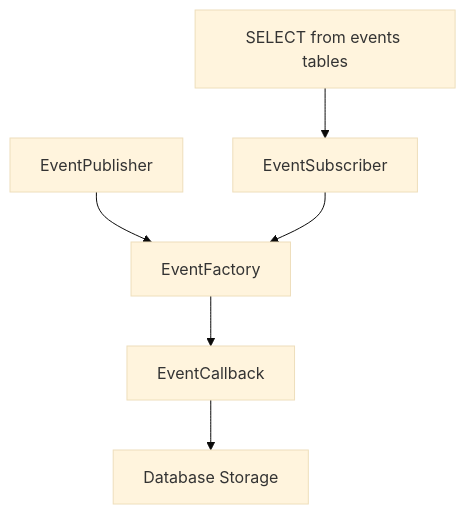
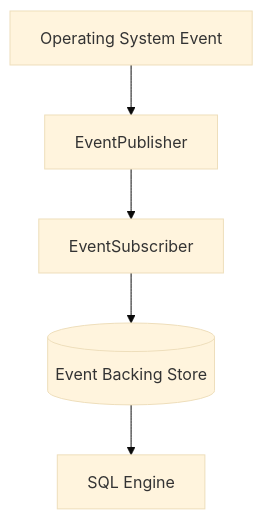
Before and after one commit to flamingo-stack/osquery: the fourth of 8 diagrams in docs/development/architecture/README.md, drawn with Mermaid (base theme). The commit also changed other lines of this file and 388 other files, not shown here.

````diff
--- a/docs/development/architecture/README.md
+++ b/docs/development/architecture/README.md
@@ -111,8 +125,7 @@
 ```mermaid
-graph TD
-    Publisher["EventPublisher"] --> EventFactory["EventFactory"]
-    Subscriber["EventSubscriber"] --> EventFactory
-    EventFactory --> Callback["EventCallback"]
-    Callback --> Storage["Database Storage"]
-    SQL["SELECT from events tables"] --> Subscriber
+flowchart TD
+    OS["Operating System Event"] --> Publisher["EventPublisher"]
+    Publisher --> Subscriber["EventSubscriber"]
+    Subscriber --> Database[("Event Backing Store")]
+    Database --> SQLCore["SQL Engine"]
 ```
````
